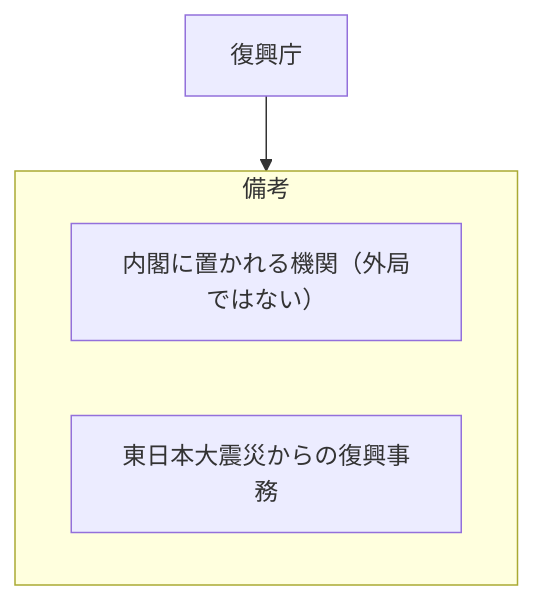
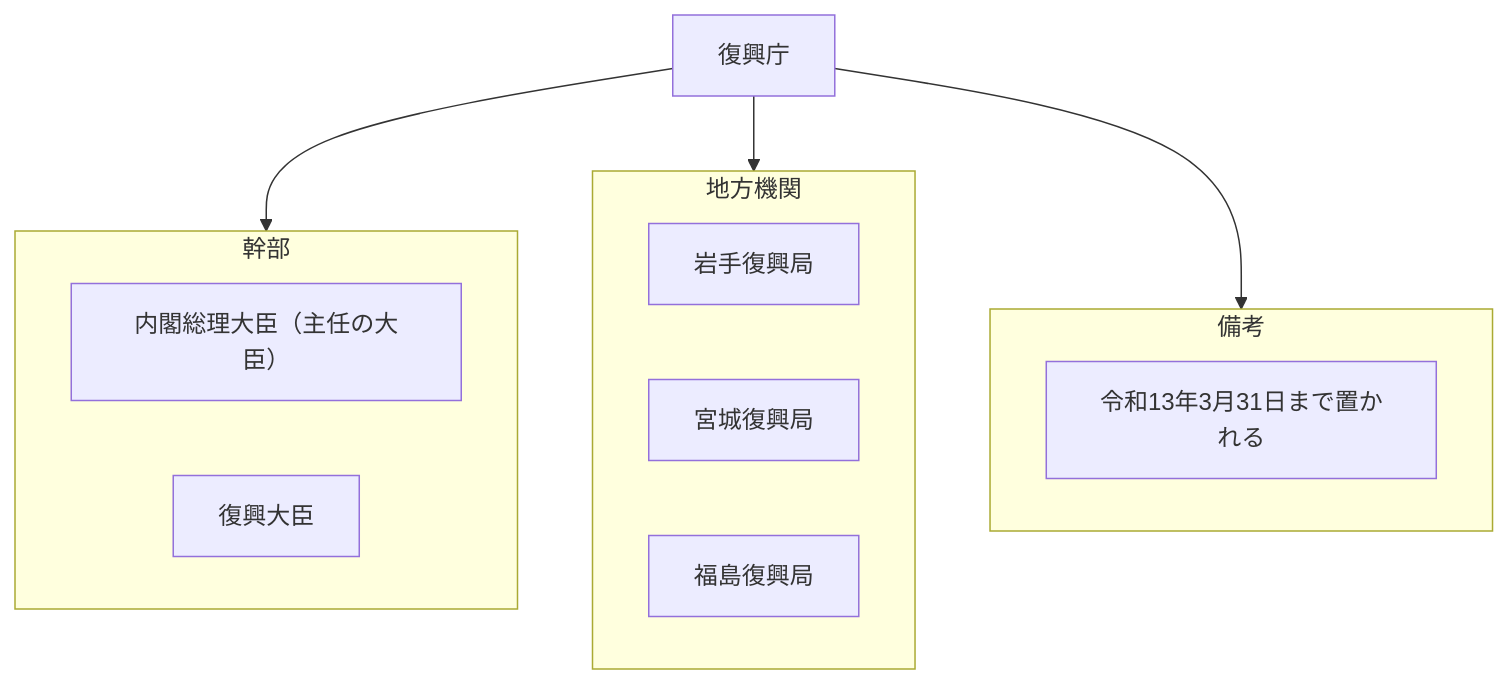
One commit to tatemaru/jp-admin-org-chart changed the diagram in 行政機構/復興庁/README.md. Above: the diagram before and after it, drawn with Mermaid. The commit also changed other lines of this file and 18 other files, not shown here.

````diff
--- a/行政機構/復興庁/README.md
+++ b/行政機構/復興庁/README.md
@@ -5,9 +5,19 @@
 ```mermaid
 flowchart TB
   root["復興庁"]
-  subgraph g0["備考"]
-    n0_0["内閣に置かれる機関（外局ではない）"]
-    n0_1["東日本大震災からの復興事務"]
+  subgraph g0["幹部"]
+    n0_0["内閣総理大臣（主任の大臣）"]
+    n0_1["復興大臣"]
   end
   root --> g0
+  subgraph g1["地方機関"]
+    n1_0["岩手復興局"]
+    n1_1["宮城復興局"]
+    n1_2["福島復興局"]
+  end
+  root --> g1
+  subgraph g2["備考"]
+    n2_0["令和13年3月31日まで置かれる"]
+  end
+  root --> g2
 ```
````
